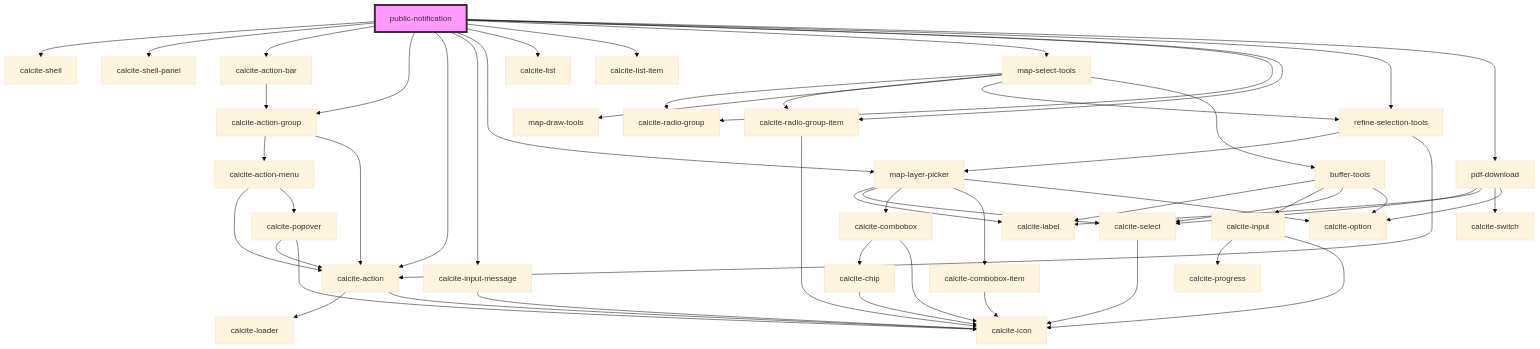
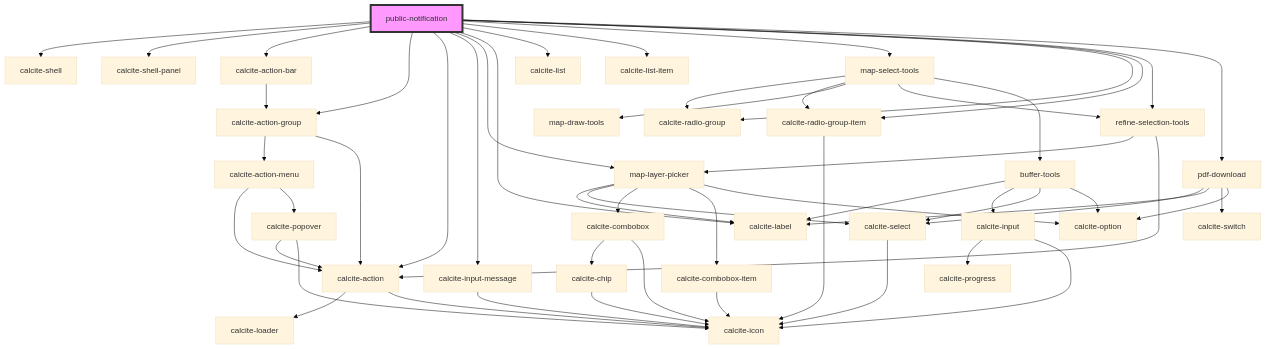
Before and after one commit to Esri/solutions-components: the diagram in src/components/public-notification/readme.md, drawn with Mermaid (base theme). The commit also changed other lines of this file and 2 other files, not shown here.

Commit message:
update total selected

````diff
--- a/src/components/public-notification/readme.md
+++ b/src/components/public-notification/readme.md
@@ -38,56 +39,57 @@
 ```mermaid
 graph TD;
   public-notification --> calcite-shell
   public-notification --> calcite-shell-panel
   public-notification --> calcite-action-bar
   public-notification --> calcite-action-group
   public-notification --> calcite-action
   public-notification --> calcite-input-message
   public-notification --> map-layer-picker
+  public-notification --> calcite-label
   public-notification --> calcite-list
   public-notification --> calcite-list-item
   public-notification --> map-select-tools
   public-notification --> calcite-radio-group
   public-notification --> calcite-radio-group-item
   public-notification --> refine-selection-tools
   public-notification --> pdf-download
   calcite-action-bar --> calcite-action-group
   calcite-action-group --> calcite-action-menu
   calcite-action-group --> calcite-action
   calcite-action-menu --> calcite-action
   calcite-action-menu --> calcite-popover
   calcite-action --> calcite-loader
   calcite-action --> calcite-icon
   calcite-popover --> calcite-action
   calcite-popover --> calcite-icon
   calcite-input-message --> calcite-icon
   map-layer-picker --> calcite-label
   map-layer-picker --> calcite-select
   map-layer-picker --> calcite-combobox
   map-layer-picker --> calcite-combobox-item
   map-layer-picker --> calcite-option
   calcite-select --> calcite-icon
   calcite-combobox --> calcite-chip
   calcite-combobox --> calcite-icon
   calcite-chip --> calcite-icon
   calcite-combobox-item --> calcite-icon
   map-select-tools --> calcite-radio-group
   map-select-tools --> calcite-radio-group-item
   map-select-tools --> map-draw-tools
   map-select-tools --> refine-selection-tools
   map-select-tools --> buffer-tools
   calcite-radio-group-item --> calcite-icon
   refine-selection-tools --> map-layer-picker
   refine-selection-tools --> calcite-action
   buffer-tools --> calcite-label
   buffer-tools --> calcite-input
   buffer-tools --> calcite-select
   buffer-tools --> calcite-option
   calcite-input --> calcite-progress
   calcite-input --> calcite-icon
   pdf-download --> calcite-select
   pdf-download --> calcite-label
   pdf-download --> calcite-switch
   pdf-download --> calcite-option
   style public-notification fill:#f9f,stroke:#333,stroke-width:4px
 ```
````
